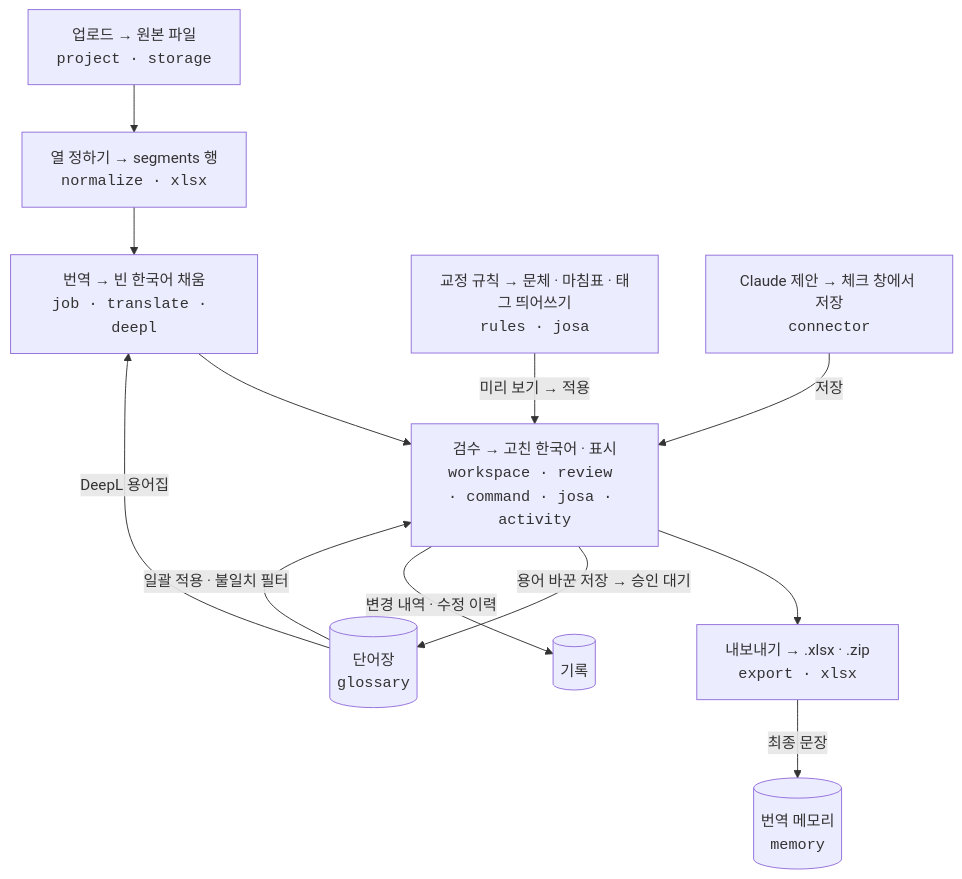
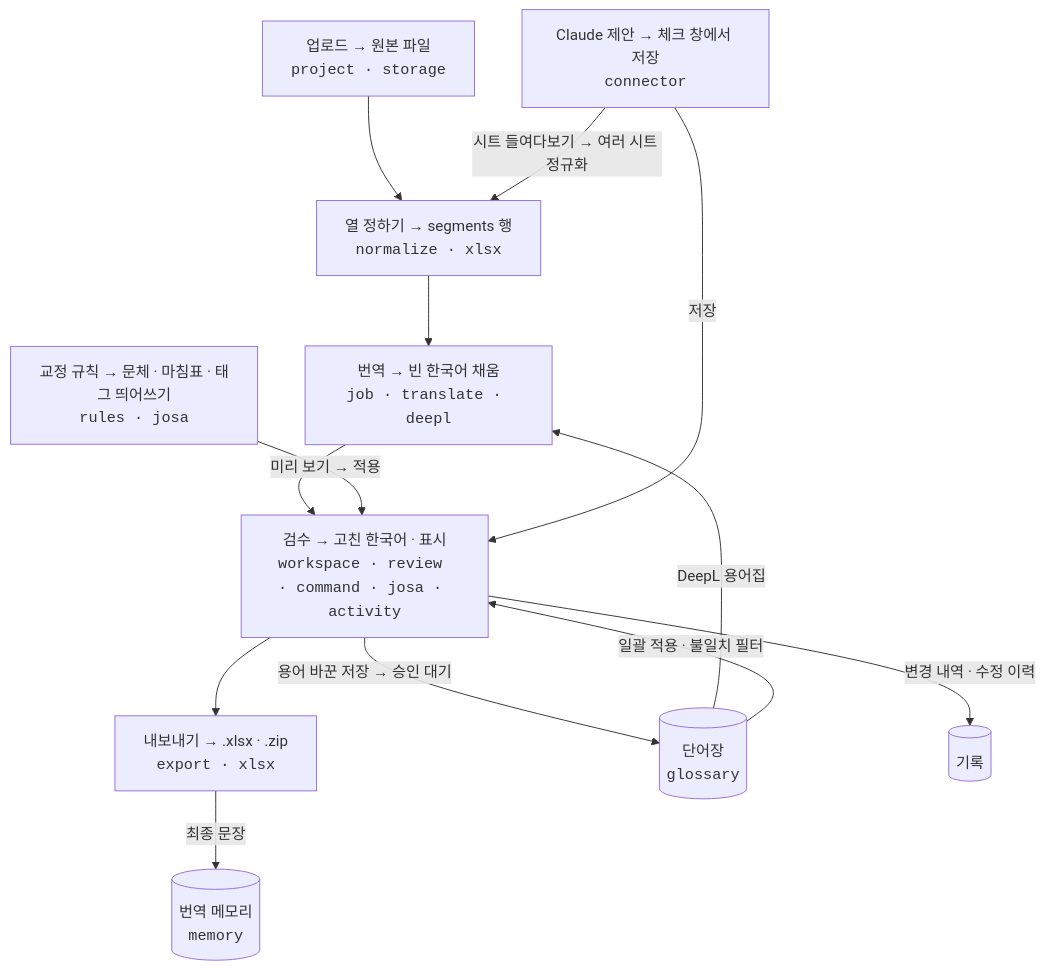
Before and after one commit to Hong9915/game_translation: the fourth of 4 diagrams in README.md, drawn with Mermaid. The commit also changed other lines of this file and 48 other files, not shown here.

````diff
--- a/README.md
+++ b/README.md
@@ -108,14 +147,15 @@
 ```mermaid
 flowchart TD
   U["업로드 → 원본 파일<br/><code>project · storage</code>"] --> N["열 정하기 → segments 행<br/><code>normalize · xlsx</code>"]
   N --> T["번역 → 빈 한국어 채움<br/><code>job · translate · deepl</code>"]
   T --> R["검수 → 고친 한국어 · 표시<br/><code>workspace · review · command · josa · activity</code>"]
   C["교정 규칙 → 문체 · 마침표 · 태그 띄어쓰기<br/><code>rules · josa</code>"] -->|미리 보기 → 적용| R
   CL["Claude 제안 → 체크 창에서 저장<br/><code>connector</code>"] -->|저장| R
+  CL -->|시트 들여다보기 → 여러 시트 정규화| N
   R --> E["내보내기 → .xlsx · .zip<br/><code>export · xlsx</code>"]
   G[("단어장<br/><code>glossary</code>")] -->|DeepL 용어집| T
   G -->|일괄 적용 · 불일치 필터| R
   R -->|용어 바꾼 저장 → 승인 대기| G
   R -->|변경 내역 · 수정 이력| H[("기록")]
   E -->|최종 문장| M[("번역 메모리<br/><code>memory</code>")]
 ```
````
